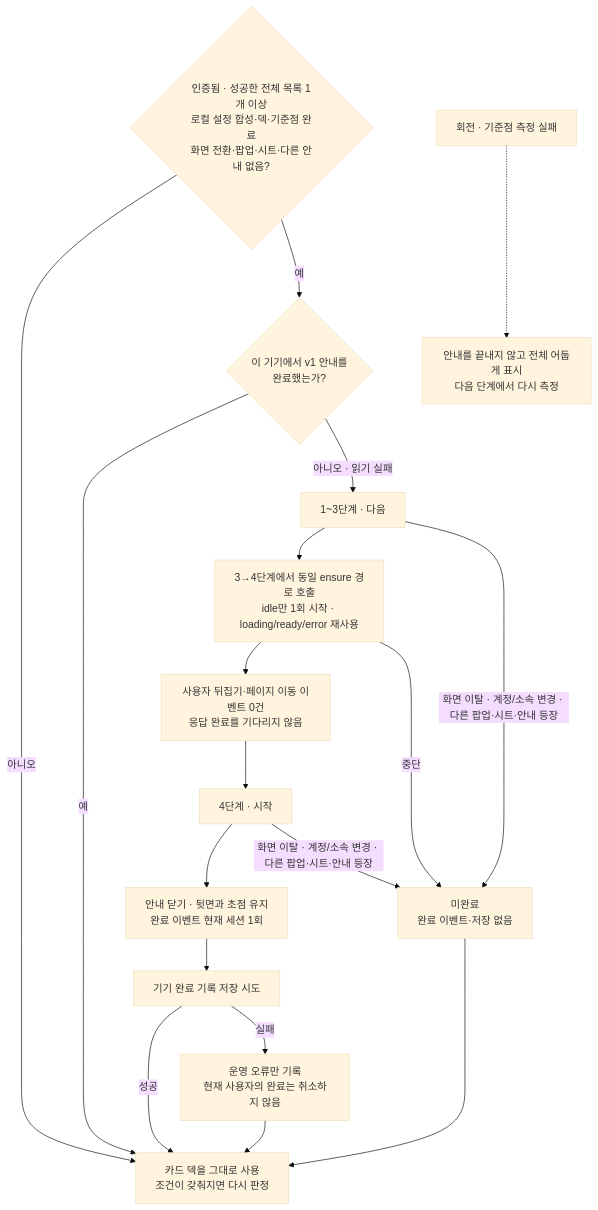
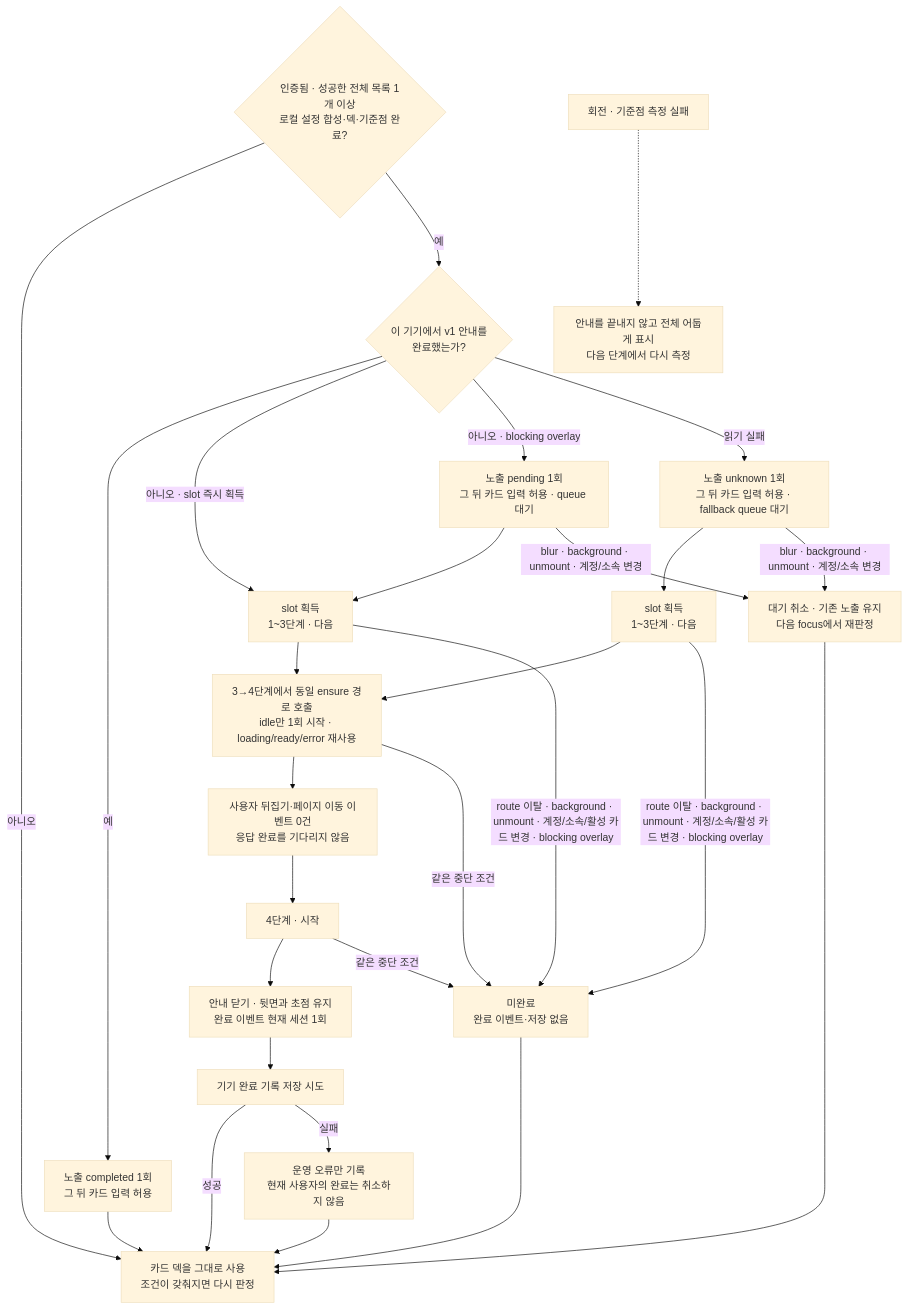
Before and after one commit to OneOrThree/phone: the sixth of 8 diagrams in docs/prd/group/features/02-my-groups/low-level-design.md, drawn with Mermaid (base theme). The commit also changed other lines of this file and 12 other files, not shown here.

````diff
--- a/docs/prd/group/features/02-my-groups/low-level-design.md
+++ b/docs/prd/group/features/02-my-groups/low-level-design.md
@@ -210,24 +210,34 @@
 ```mermaid
 flowchart TD
-    Eligible{"인증됨 · 성공한 전체 목록 1개 이상<br/>로컬 설정 합성·덱·기준점 완료<br/>화면 전환·팝업·시트·다른 안내 없음?"}
+    Eligible{"인증됨 · 성공한 전체 목록 1개 이상<br/>로컬 설정 합성·덱·기준점 완료?"}
     Eligible -->|아니오| Deck["카드 덱을 그대로 사용<br/>조건이 갖춰지면 다시 판정"]
     Eligible -->|예| Stored{"이 기기에서 v1 안내를<br/>완료했는가?"}
-    Stored -->|예| Deck
-    Stored -->|아니오 · 읽기 실패| Guide["1~3단계 · 다음"]
+    Stored -->|예| Completed["노출 completed 1회<br/>그 뒤 카드 입력 허용"]
+    Completed --> Deck
+    Stored -->|아니오 · slot 즉시 획득| Guide["노출 shown 1회<br/>1~3단계 · 다음"]
+    Stored -->|아니오 · blocking overlay| Queued["노출 pending 1회<br/>그 뒤 카드 입력 허용 · queue 대기"]
+    Stored -->|읽기 실패| UnknownQueued["노출 unknown 1회<br/>그 뒤 카드 입력 허용 · fallback queue 대기"]
+    Queued --> Guide["slot 획득<br/>1~3단계 · 다음"]
+    UnknownQueued --> UnknownGuide["slot 획득<br/>1~3단계 · 다음"]
+    Queued -->|blur · background · unmount · 계정/소속 변경| QueueCancelled["대기 취소 · 기존 노출 유지<br/>다음 focus에서 재판정"]
+    UnknownQueued -->|blur · background · unmount · 계정/소속 변경| QueueCancelled
+    QueueCancelled --> Deck
+    UnknownGuide --> Prepare
 
     Guide --> Prepare["3→4단계에서 동일 ensure 경로 호출<br/>idle만 1회 시작 · loading/ready/error 재사용"]
     Prepare --> NoEvent["사용자 뒤집기·페이지 이동 이벤트 0건<br/>응답 완료를 기다리지 않음"]
     NoEvent --> Step4["4단계 · 시작"]
     Step4 --> Complete["안내 닫기 · 뒷면과 초점 유지<br/>완료 이벤트 현재 세션 1회"]
     Complete --> Persist["기기 완료 기록 저장 시도"]
     Persist -->|성공| Deck
     Persist -->|실패| WriteFail["운영 오류만 기록<br/>현재 사용자의 완료는 취소하지 않음"]
     WriteFail --> Deck
 
-    Guide -->|화면 이탈 · 계정/소속 변경 · 다른 팝업·시트·안내 등장| Interrupted["미완료<br/>완료 이벤트·저장 없음"]
-    Prepare -->|중단| Interrupted
-    Step4 -->|화면 이탈 · 계정/소속 변경 · 다른 팝업·시트·안내 등장| Interrupted
+    Guide -->|route 이탈 · background · unmount · 계정/소속/활성 카드 변경 · blocking overlay| Interrupted["미완료<br/>완료 이벤트·저장 없음"]
+    UnknownGuide -->|route 이탈 · background · unmount · 계정/소속/활성 카드 변경 · blocking overlay| Interrupted
+    Prepare -->|같은 중단 조건| Interrupted
+    Step4 -->|같은 중단 조건| Interrupted
     Interrupted --> Deck
 
     Layout["회전 · 기준점 측정 실패"] -.-> Fallback["안내를 끝내지 않고 전체 어둡게 표시<br/>다음 단계에서 다시 측정"]
 ```
````
